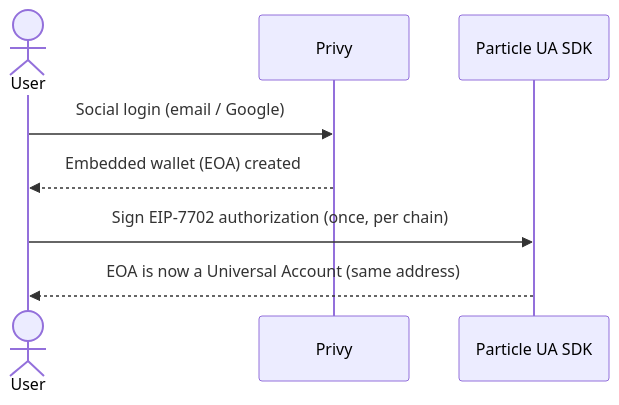
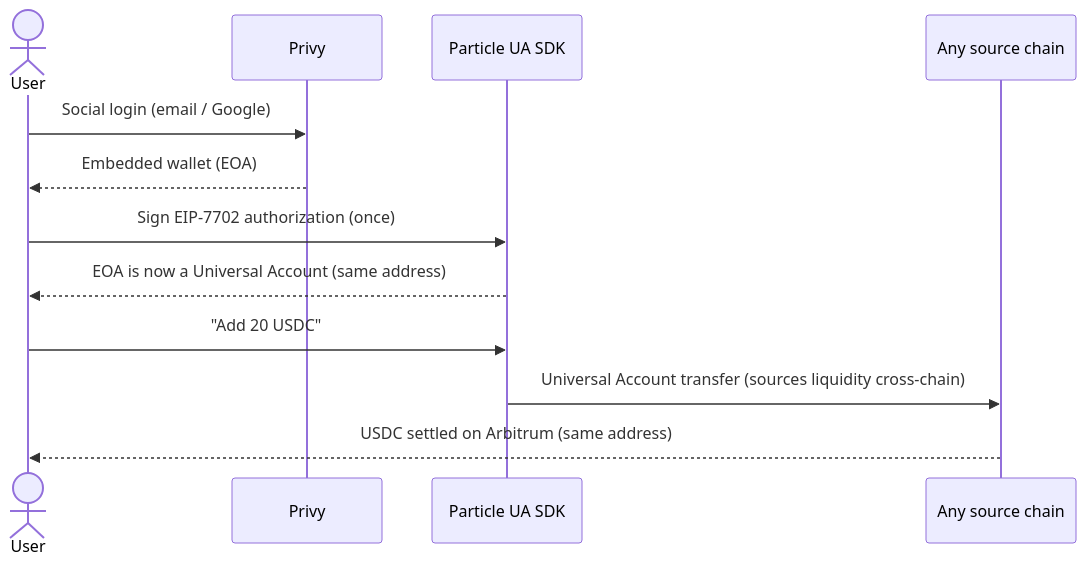
The second of 6 diagrams in docs/ARCHITECTURE.md (Sup-Wallet/supwallet-evm-universal), drawn with Mermaid before and after one commit. The commit also changed other lines of this file and 1 other file, not shown here.

First line of the commit message:
Update architecture to the shipped SupVault + adaptor model

````diff
--- a/docs/ARCHITECTURE.md
+++ b/docs/ARCHITECTURE.md
@@ -32,10 +59,14 @@
 ```mermaid
 sequenceDiagram
     actor U as User
     participant P as Privy
     participant PA as Particle UA SDK
+    participant X as Any source chain
     U->>P: Social login (email / Google)
-    P-->>U: Embedded wallet (EOA) created
-    U->>PA: Sign EIP-7702 authorization (once, per chain)
+    P-->>U: Embedded wallet (EOA)
+    U->>PA: Sign EIP-7702 authorization (once)
     PA-->>U: EOA is now a Universal Account (same address)
+    U->>PA: "Add 20 USDC"
+    PA->>X: Universal Account transfer (sources liquidity cross-chain)
+    X-->>U: USDC settled on Arbitrum (same address)
 ```
````
